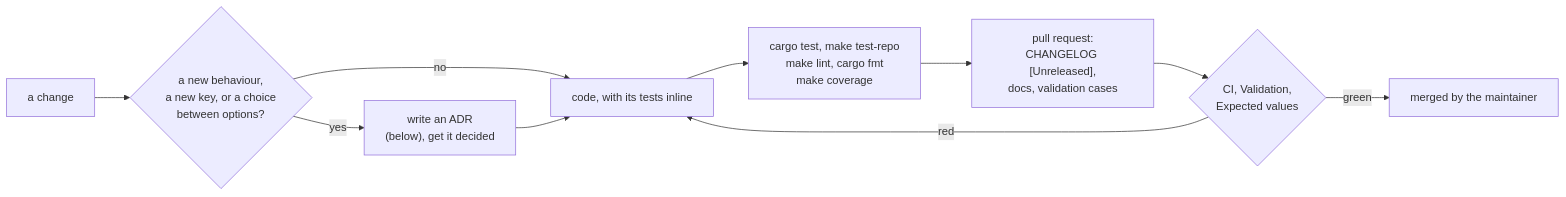
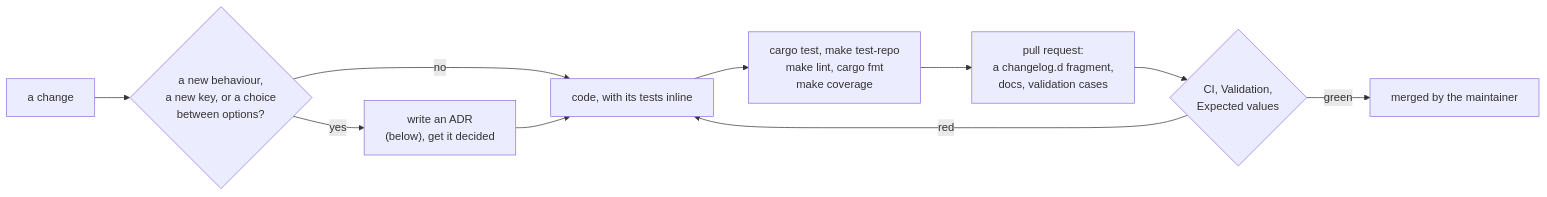
The first of 3 diagrams in docs/architecture/10-EXTENDING-FORGE.md (mollendorff-ai/forge), drawn with Mermaid before and after one commit. The commit also changed 27 other files, not shown here.

First line of the commit message:
Four lanes, each with its own roadmap; changelog entries as fragments (E-LANES)

````diff
--- a/docs/architecture/10-EXTENDING-FORGE.md
+++ b/docs/architecture/10-EXTENDING-FORGE.md
@@ -7,12 +7,12 @@
 ```mermaid
 flowchart LR
     idea["a change"] --> adr{"a new behaviour,<br/>a new key, or a choice<br/>between options?"}
     adr -- yes --> write["write an ADR<br/>(below), get it decided"]
     adr -- no --> code
     write --> code["code, with its tests inline"]
     code --> local["cargo test, make test-repo<br/>make lint, cargo fmt<br/>make coverage"]
-    local --> pr["pull request:<br/>CHANGELOG [Unreleased],<br/>docs, validation cases"]
+    local --> pr["pull request:<br/>a changelog.d fragment,<br/>docs, validation cases"]
     pr --> ci{"CI, Validation,<br/>Expected values"}
     ci -- red --> code
     ci -- green --> merge["merged by the maintainer"]
 ```
````
